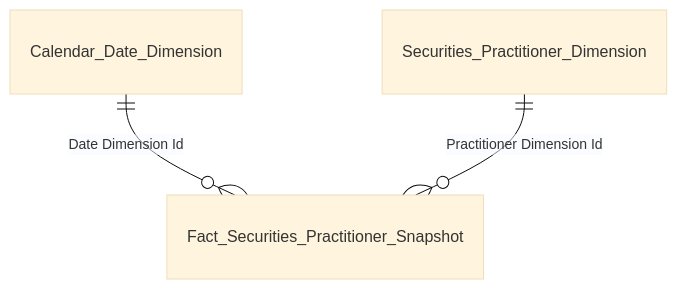
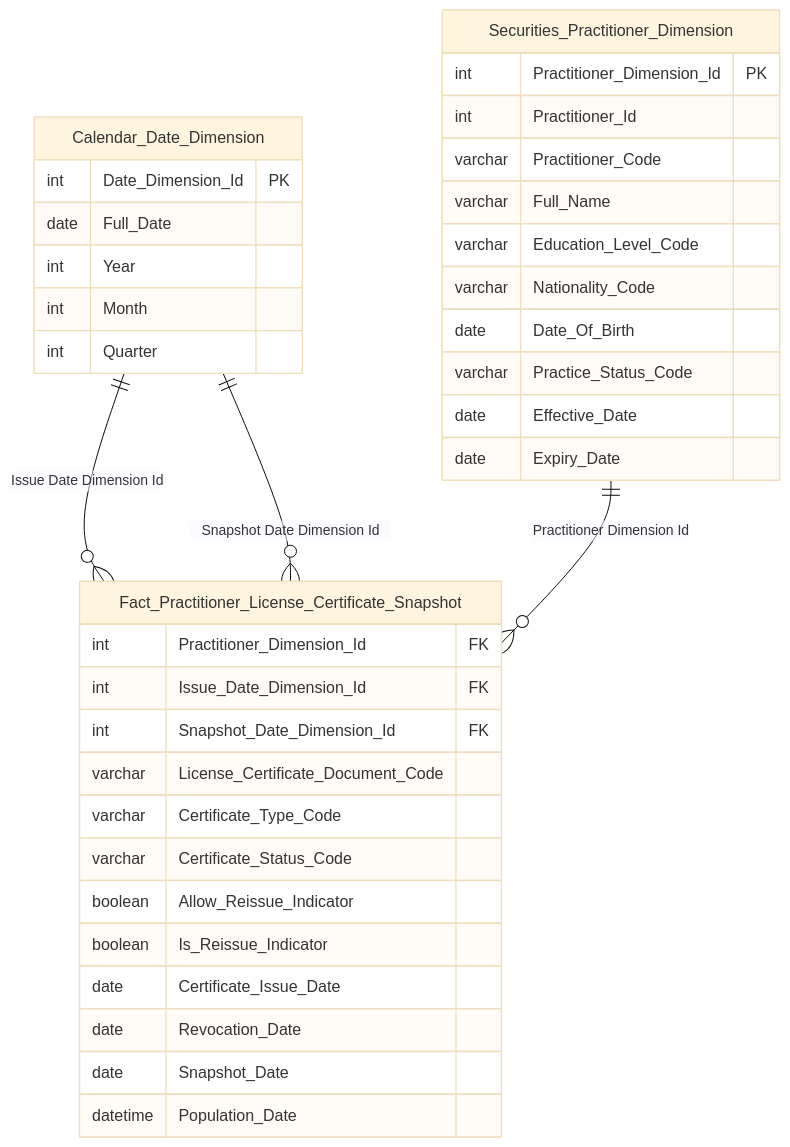
Before and after one commit to linhlvit/ubck_atomic_design: the sixth of 31 diagrams in Gold/hld/GOLD_NHNCK_HLD.md, drawn with Mermaid (base theme). The commit also changed other lines of this file and 10 other files, not shown here.

````diff
--- a/Gold/hld/GOLD_NHNCK_HLD.md
+++ b/Gold/hld/GOLD_NHNCK_HLD.md
@@ -61,5 +272,42 @@
 ```mermaid
 erDiagram
-    Calendar_Date_Dimension ||--o{ Fact_Securities_Practitioner_Snapshot : "Date Dimension Id"
-    Securities_Practitioner_Dimension ||--o{ Fact_Securities_Practitioner_Snapshot : "Practitioner Dimension Id"
+    Calendar_Date_Dimension ||--o{ Fact_Practitioner_License_Certificate_Snapshot : "Issue Date Dimension Id"
+    Calendar_Date_Dimension ||--o{ Fact_Practitioner_License_Certificate_Snapshot : "Snapshot Date Dimension Id"
+    Securities_Practitioner_Dimension ||--o{ Fact_Practitioner_License_Certificate_Snapshot : "Practitioner Dimension Id"
+
+    Fact_Practitioner_License_Certificate_Snapshot {
+        int Practitioner_Dimension_Id FK
+        int Issue_Date_Dimension_Id FK
+        int Snapshot_Date_Dimension_Id FK
+        varchar License_Certificate_Document_Code
+        varchar Certificate_Type_Code
+        varchar Certificate_Status_Code
+        boolean Allow_Reissue_Indicator
+        boolean Is_Reissue_Indicator
+        date Certificate_Issue_Date
+        date Revocation_Date
+        date Snapshot_Date
+        datetime Population_Date
+    }
+
+    Calendar_Date_Dimension {
+        int Date_Dimension_Id PK
+        date Full_Date
+        int Year
+        int Month
+        int Quarter
+    }
+
+    Securities_Practitioner_Dimension {
+        int Practitioner_Dimension_Id PK
+        int Practitioner_Id
+        varchar Practitioner_Code
+        varchar Full_Name
+        varchar Education_Level_Code
+        varchar Nationality_Code
+        date Date_Of_Birth
+        varchar Practice_Status_Code
+        date Effective_Date
+        date Expiry_Date
+    }
 ```
````
